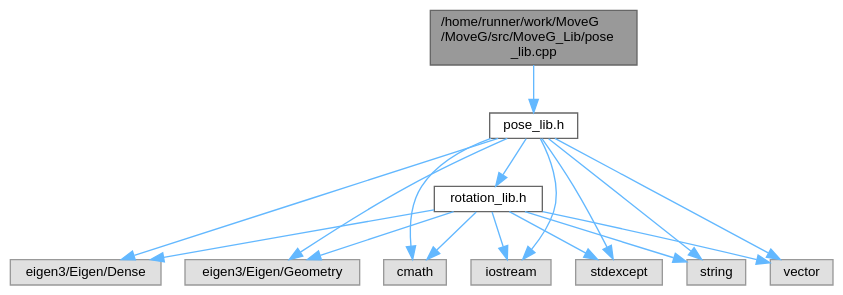
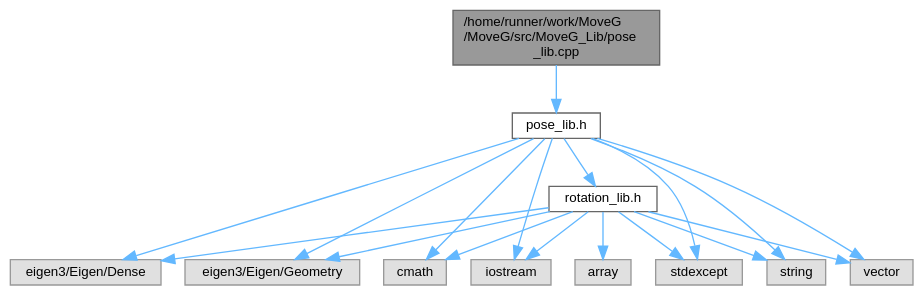
One commit to GiorgioMedico/MoveG changed the diagram in pose__lib_8cpp__incl.dot. Above: the diagram before and after it, drawn with Graphviz. The commit also changed 35 other files, not shown here.

```diff
--- a/pose__lib_8cpp__incl.dot
+++ b/pose__lib_8cpp__incl.dot
@@ -1,33 +1,35 @@
 digraph "/home/runner/work/MoveG/MoveG/src/MoveG_Lib/pose_lib.cpp"
 {
  // LATEX_PDF_SIZE
   bgcolor="transparent";
   edge [fontname=Helvetica,fontsize=10,labelfontname=Helvetica,labelfontsize=10];
   node [fontname=Helvetica,fontsize=10,shape=box,height=0.2,width=0.4];
   Node1 [id="Node000001",label="/home/runner/work/MoveG\l/MoveG/src/MoveG_Lib/pose\l_lib.cpp",height=0.2,width=0.4,color="gray40", fillcolor="grey60", style="filled", fontcolor="black",tooltip="Classe per la rappresentazione di Pose."];
   Node1 -> Node2 [id="edge1_Node000001_Node000002",color="steelblue1",style="solid",tooltip=" "];
   Node2 [id="Node000002",label="pose_lib.h",height=0.2,width=0.4,color="grey40", fillcolor="white", style="filled",URL="$pose__lib_8h.html",tooltip="Classe per la rappresentazione di Pose."];
   Node2 -> Node3 [id="edge2_Node000002_Node000003",color="steelblue1",style="solid",tooltip=" "];
   Node3 [id="Node000003",label="eigen3/Eigen/Dense",height=0.2,width=0.4,color="grey60", fillcolor="#E0E0E0", style="filled",tooltip=" "];
   Node2 -> Node4 [id="edge3_Node000002_Node000004",color="steelblue1",style="solid",tooltip=" "];
   Node4 [id="Node000004",label="eigen3/Eigen/Geometry",height=0.2,width=0.4,color="grey60", fillcolor="#E0E0E0", style="filled",tooltip=" "];
   Node2 -> Node5 [id="edge4_Node000002_Node000005",color="steelblue1",style="solid",tooltip=" "];
   Node5 [id="Node000005",label="cmath",height=0.2,width=0.4,color="grey60", fillcolor="#E0E0E0", style="filled",tooltip=" "];
   Node2 -> Node6 [id="edge5_Node000002_Node000006",color="steelblue1",style="solid",tooltip=" "];
   Node6 [id="Node000006",label="iostream",height=0.2,width=0.4,color="grey60", fillcolor="#E0E0E0", style="filled",tooltip=" "];
   Node2 -> Node7 [id="edge6_Node000002_Node000007",color="steelblue1",style="solid",tooltip=" "];
   Node7 [id="Node000007",label="stdexcept",height=0.2,width=0.4,color="grey60", fillcolor="#E0E0E0", style="filled",tooltip=" "];
   Node2 -> Node8 [id="edge7_Node000002_Node000008",color="steelblue1",style="solid",tooltip=" "];
   Node8 [id="Node000008",label="string",height=0.2,width=0.4,color="grey60", fillcolor="#E0E0E0", style="filled",tooltip=" "];
   Node2 -> Node9 [id="edge8_Node000002_Node000009",color="steelblue1",style="solid",tooltip=" "];
   Node9 [id="Node000009",label="vector",height=0.2,width=0.4,color="grey60", fillcolor="#E0E0E0", style="filled",tooltip=" "];
   Node2 -> Node10 [id="edge9_Node000002_Node000010",color="steelblue1",style="solid",tooltip=" "];
   Node10 [id="Node000010",label="rotation_lib.h",height=0.2,width=0.4,color="grey40", fillcolor="white", style="filled",URL="$rotation__lib_8h.html",tooltip="Class for representing and manipulating 3D rotations."];
   Node10 -> Node3 [id="edge10_Node000010_Node000003",color="steelblue1",style="solid",tooltip=" "];
   Node10 -> Node4 [id="edge11_Node000010_Node000004",color="steelblue1",style="solid",tooltip=" "];
-  Node10 -> Node5 [id="edge12_Node000010_Node000005",color="steelblue1",style="solid",tooltip=" "];
-  Node10 -> Node6 [id="edge13_Node000010_Node000006",color="steelblue1",style="solid",tooltip=" "];
-  Node10 -> Node7 [id="edge14_Node000010_Node000007",color="steelblue1",style="solid",tooltip=" "];
-  Node10 -> Node8 [id="edge15_Node000010_Node000008",color="steelblue1",style="solid",tooltip=" "];
-  Node10 -> Node9 [id="edge16_Node000010_Node000009",color="steelblue1",style="solid",tooltip=" "];
+  Node10 -> Node11 [id="edge12_Node000010_Node000011",color="steelblue1",style="solid",tooltip=" "];
+  Node11 [id="Node000011",label="array",height=0.2,width=0.4,color="grey60", fillcolor="#E0E0E0", style="filled",tooltip=" "];
+  Node10 -> Node5 [id="edge13_Node000010_Node000005",color="steelblue1",style="solid",tooltip=" "];
+  Node10 -> Node6 [id="edge14_Node000010_Node000006",color="steelblue1",style="solid",tooltip=" "];
+  Node10 -> Node7 [id="edge15_Node000010_Node000007",color="steelblue1",style="solid",tooltip=" "];
+  Node10 -> Node8 [id="edge16_Node000010_Node000008",color="steelblue1",style="solid",tooltip=" "];
+  Node10 -> Node9 [id="edge17_Node000010_Node000009",color="steelblue1",style="solid",tooltip=" "];
 }
```
